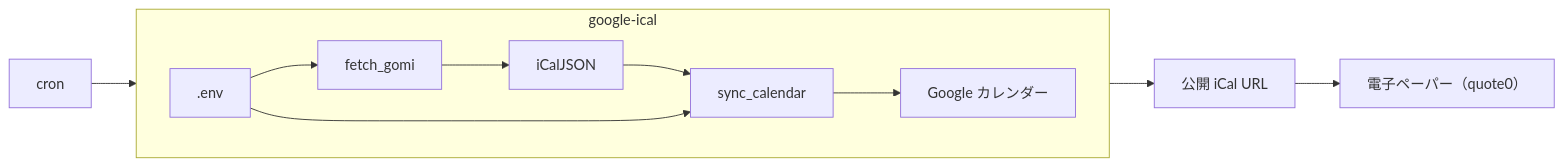
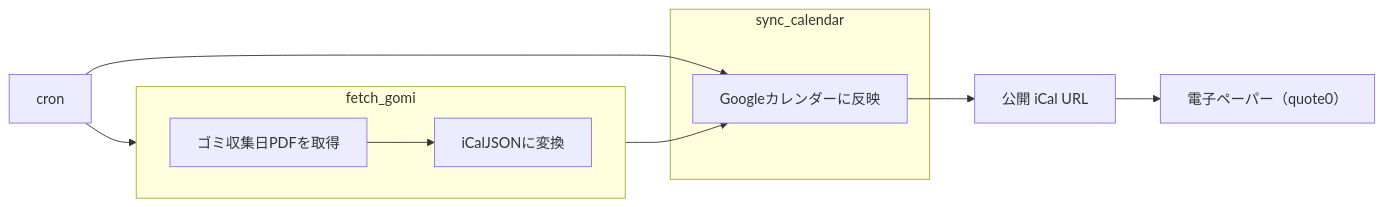
The diagram in README.md (ryofujimotox/google-ical), drawn with Mermaid before and after one commit. The commit also changed other lines of this file, not shown here.

Commit message:
📚 Docs: READMEのフロー図をfetch_gomiとsync_calendarに分割

````diff
--- a/README.md
+++ b/README.md
@@ -20,16 +21,20 @@
 ```mermaid
 flowchart LR
-  cron["cron"] --> batch
+  cron["cron"] --> gomiPdf
+  cron --> gcal
 
-  subgraph batch["google-ical"]
+  subgraph fetch_gomi["fetch_gomi"]
     direction LR
-    fetchGomi["fetch_gomi"] --> icalJsons["iCalJSON"]
-    icalJsons --> syncCal["sync_calendar"]
-    env[".env"] --> fetchGomi
-    env --> syncCal
-    syncCal --> gcal["Google カレンダー"]
+    gomiPdf["ゴミ収集日PDFを取得"]
+    gomiPdf --> icalJsons["iCalJSONに変換"]
   end
+
+  subgraph sync_calendar["sync_calendar"]
+    gcal["Googleカレンダーに反映"]
+  end
+
+  icalJsons --> gcal
 
   gcal --> publicIcal["公開 iCal URL"]
   publicIcal --> quote0["電子ペーパー（quote0）"]
 ```
````
